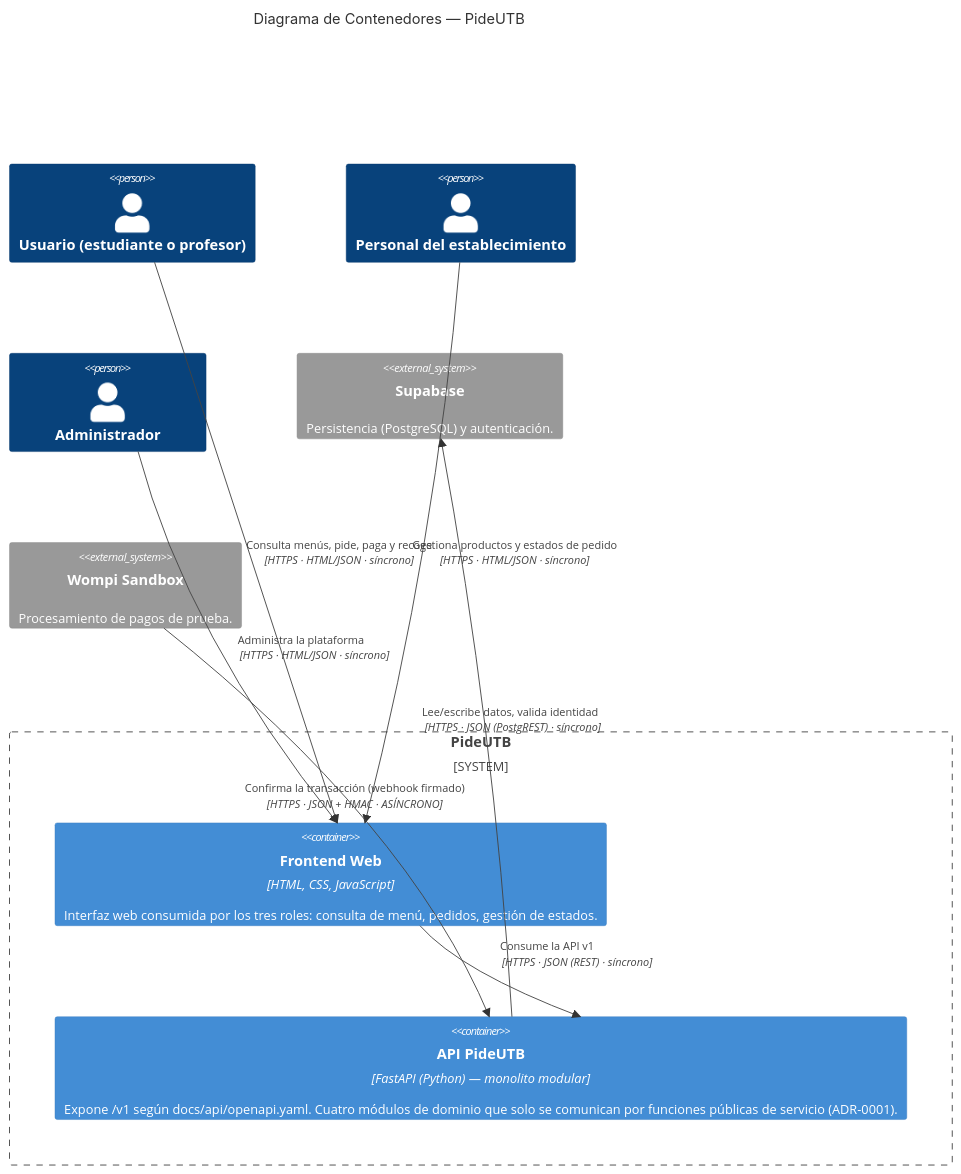
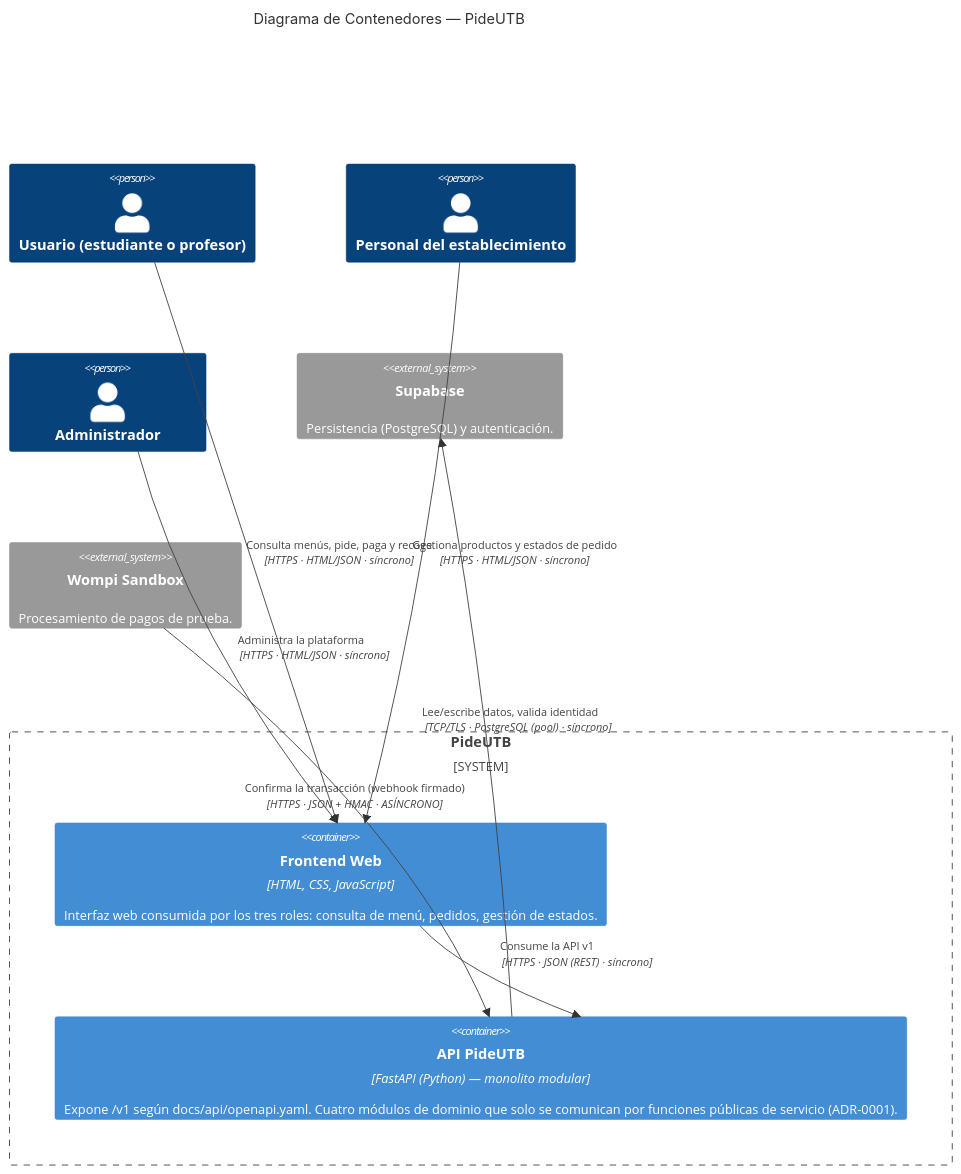
Before and after one commit to ISCOUTB/AS_202620_PideUtb: the diagram in docs/c4/nivel2-contenedores.md, drawn with Mermaid. The commit also changed other lines of this file and 22 other files, not shown here.

First line of the commit message:
Migrar los repositorios a PostgreSQL y cerrar V-09

````diff
--- a/docs/c4/nivel2-contenedores.md
+++ b/docs/c4/nivel2-contenedores.md
@@ -11,29 +11,29 @@
 ``` mermaid
 C4Container
     title Diagrama de Contenedores — PideUTB
 
     Person(usuario, "Usuario (estudiante o profesor)")
     Person(establecimiento, "Personal del establecimiento")
     Person(admin, "Administrador")
 
     System_Boundary(pideutb, "PideUTB") {
         Container(frontend, "Frontend Web", "HTML, CSS, JavaScript", "Interfaz web consumida por los tres roles: consulta de menú, pedidos, gestión de estados.")
         Container(api, "API PideUTB", "FastAPI (Python) — monolito modular", "Expone /v1 según docs/api/openapi.yaml. Cuatro módulos de dominio que solo se comunican por funciones públicas de servicio (ADR-0001).")
     }
 
     System_Ext(supabase, "Supabase", "Persistencia (PostgreSQL) y autenticación.")
     System_Ext(wompi, "Wompi Sandbox", "Procesamiento de pagos de prueba.")
 
     Rel(usuario, frontend, "Consulta menús, pide, paga y recoge", "HTTPS · HTML/JSON · síncrono")
     Rel(establecimiento, frontend, "Gestiona productos y estados de pedido", "HTTPS · HTML/JSON · síncrono")
     Rel(admin, frontend, "Administra la plataforma", "HTTPS · HTML/JSON · síncrono")
 
     Rel(frontend, api, "Consume la API v1", "HTTPS · JSON (REST) · síncrono")
-    Rel(api, supabase, "Lee/escribe datos, valida identidad", "HTTPS · JSON (PostgREST) · síncrono")
+    Rel(api, supabase, "Lee/escribe datos, valida identidad", "TCP/TLS · PostgreSQL (pool) · síncrono")
     Rel(api, wompi, "Abre el intento de cobro", "HTTPS · JSON · síncrono")
     Rel_Back(api, wompi, "Confirma la transacción (webhook firmado)", "HTTPS · JSON + HMAC · ASÍNCRONO")
 
     UpdateRelStyle(frontend, api, $offsetY="-30")
     UpdateRelStyle(api, wompi, $offsetX="-90", $offsetY="-40")
     UpdateRelStyle(api, supabase, $offsetX="-60", $offsetY="-20")
 ```
````
